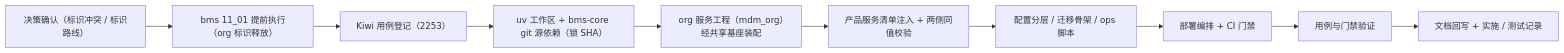
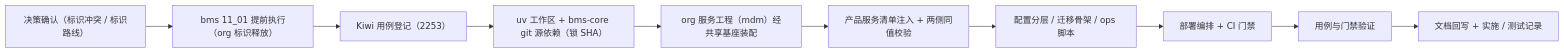
One commit to minjian123/master-data-management changed the diagram in mdm文档/项目/01_mdm 产品奠基/任务/01_组织主数据承接/01_组织主数据承接_01_mdm产品工程骨架与平台接入/实施/01_实施_01_mdm产品工程骨架与平台接入.md. Above: the diagram before and after it, drawn with Mermaid. The commit also changed other lines of this file and 57 other files, not shown here.

````diff
--- a/mdm文档/项目/01_mdm 产品奠基/任务/01_组织主数据承接/01_组织主数据承接_01_mdm产品工程骨架与平台接入/实施/01_实施_01_mdm产品工程骨架与平台接入.md
+++ b/mdm文档/项目/01_mdm 产品奠基/任务/01_组织主数据承接/01_组织主数据承接_01_mdm产品工程骨架与平台接入/实施/01_实施_01_mdm产品工程骨架与平台接入.md
@@ -24,12 +24,12 @@
 ```mermaid
 flowchart LR
     A["决策确认（标识冲突 / 标识路线）"] --> B["bms 11_01 提前执行（org 标识释放）"]
     B --> C["Kiwi 用例登记（2253）"]
     C --> D["uv 工作区 + bms-core git 源依赖（锁 SHA）"]
-    D --> E["org 服务工程（mdm_org）经共享基座装配"]
+    D --> E["org 服务工程（mdm）经共享基座装配"]
     E --> F["产品服务清单注入 + 两侧同值校验"]
     F --> G["配置分层 / 迁移骨架 / ops 脚本"]
     G --> H["部署编排 + CI 门禁"]
     H --> I["用例与门禁验证"]
     I --> J["文档回写 + 实施 / 测试记录"]
 ```
````
